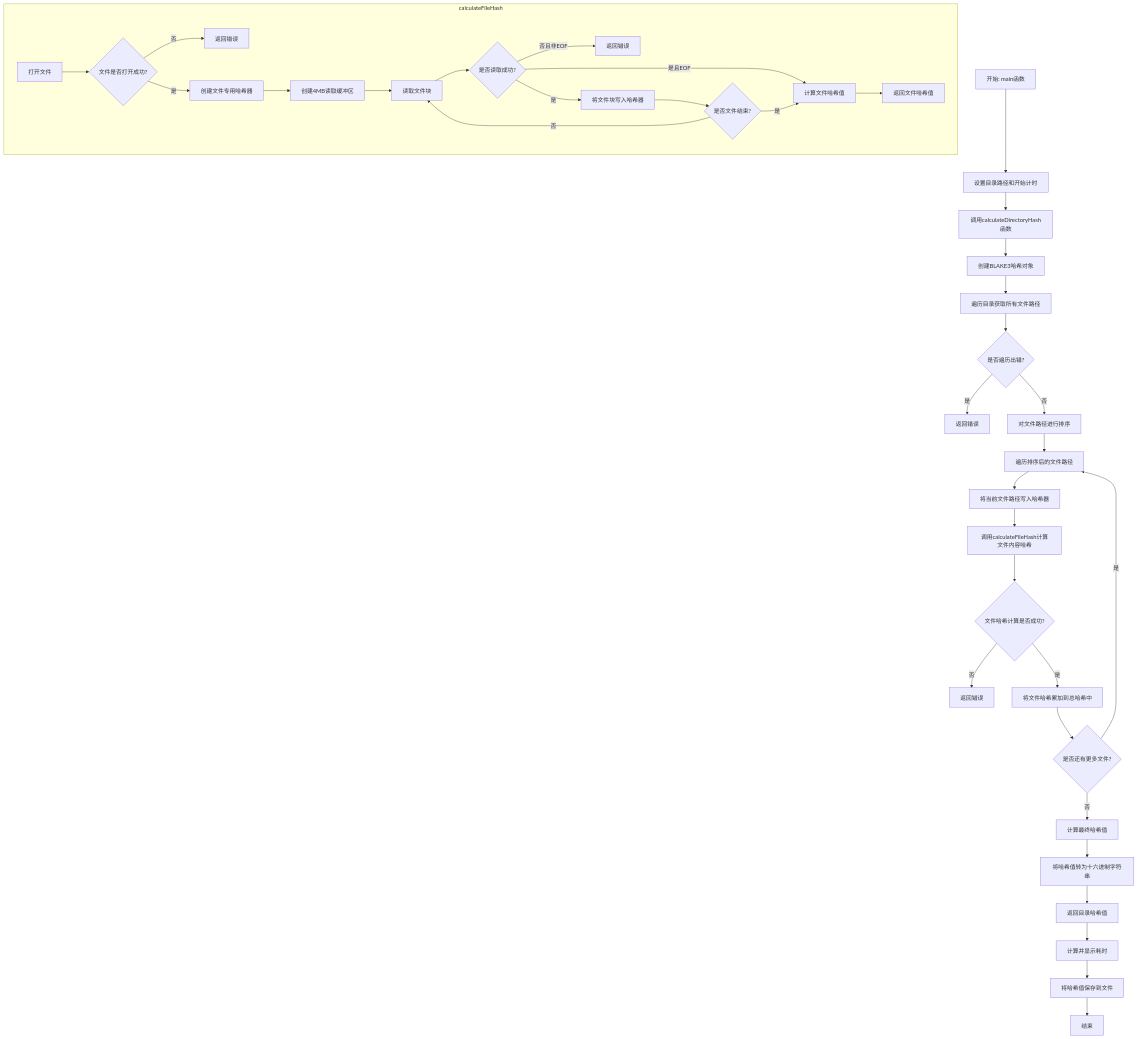
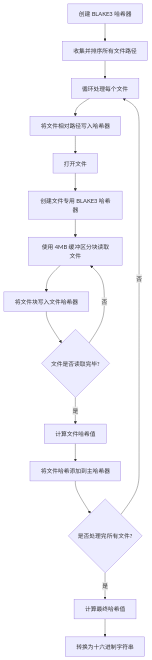
Before and after one commit to yingjianzh/iodraw-files: the diagram in all/未命名-60.md, drawn with Mermaid.

Commit message:
2025-05-15 14:25:16 update

````diff
--- a/all/未命名-60.md
+++ b/all/未命名-60.md
@@ -1,52 +1,24 @@
 ```mermaid
 flowchart TD
-    A[开始: main函数] --> B[设置目录路径和开始计时]
-    B --> C[调用calculateDirectoryHash函数]
+    A[创建 BLAKE3 哈希器] --> B[收集并排序所有文件路径]
+    B --> C[循环处理每个文件]
     
-    C --> D[创建BLAKE3哈希对象]
-    D --> E[遍历目录获取所有文件路径]
+    C --> D[将文件相对路径写入哈希器]
+    D --> E[打开文件]
+    E --> F[创建文件专用 BLAKE3 哈希器]
     
-    E --> F{是否遍历出错?}
-    F -->|是| G[返回错误]
-    F -->|否| H[对文件路径进行排序]
+    F --> G[使用 4MB 缓冲区分块读取文件]
+    G --> H[将文件块写入文件哈希器]
+    H --> I{文件是否读取完毕?}
     
-    H --> I[遍历排序后的文件路径]
-    I --> J[将当前文件路径写入哈希器]
-    J --> K[调用calculateFileHash计算文件内容哈希]
+    I -->|否| G
+    I -->|是| J[计算文件哈希值]
     
-    K --> L{文件哈希计算是否成功?}
-    L -->|否| M[返回错误]
-    L -->|是| N[将文件哈希累加到总哈希中]
+    J --> K[将文件哈希添加到主哈希器]
+    K --> L{是否处理完所有文件?}
     
-    N --> O{是否还有更多文件?}
-    O -->|是| I
-    O -->|否| P[计算最终哈希值]
+    L -->|否| C
+    L -->|是| M[计算最终哈希值]
     
-    P --> Q[将哈希值转为十六进制字符串]
-    Q --> R[返回目录哈希值]
-    
-    R --> S[计算并显示耗时]
-    S --> T[将哈希值保存到文件]
-    T --> U[结束]
-    
-    %% 文件哈希计算子流程
-    subgraph calculateFileHash
-        K1[打开文件] --> K2{文件是否打开成功?}
-        K2 -->|否| K3[返回错误]
-        K2 -->|是| K4[创建文件专用哈希器]
-        
-        K4 --> K5[创建4MB读取缓冲区]
-        K5 --> K6[读取文件块]
-        
-        K6 --> K7{是否读取成功?}
-        K7 -->|否且非EOF| K8[返回错误]
-        K7 -->|是| K9[将文件块写入哈希器]
-        K9 --> K10{是否文件结束?}
-        K10 -->|否| K6
-        
-        K7 -->|是且EOF| K11[计算文件哈希值]
-        K10 -->|是| K11
-        
-        K11 --> K12[返回文件哈希值]
-    end
+    M --> N[转换为十六进制字符串]
 ```
````
